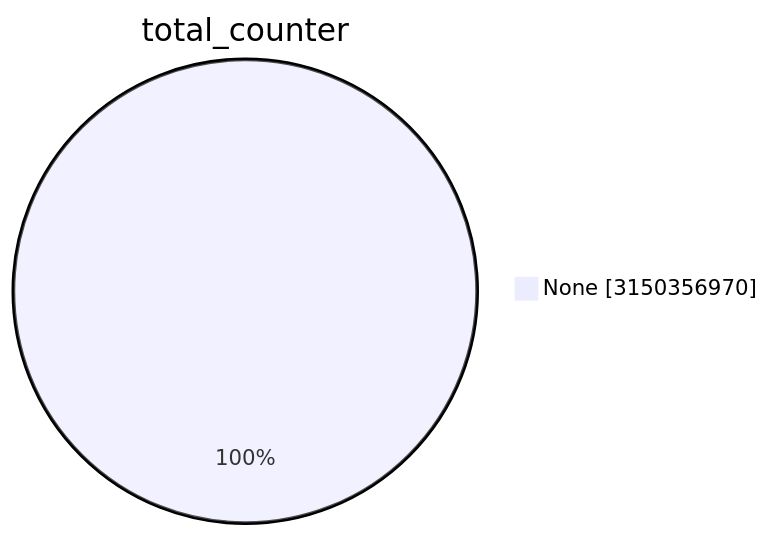
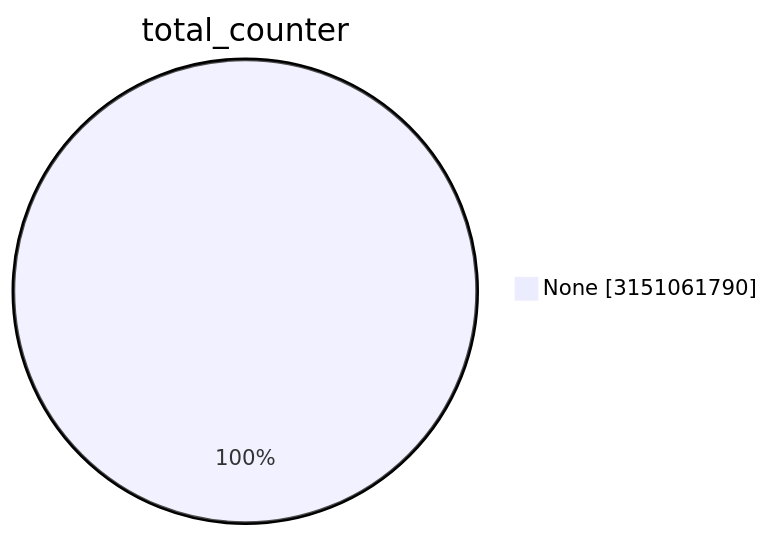
The first of 15 diagrams in TOTAL/README.md (christiankrug/ctmonitor_visualization), drawn with Mermaid before and after one commit. The commit also changed other lines of this file, not shown here.

````diff
--- a/TOTAL/README.md
+++ b/TOTAL/README.md
@@ -1,5 +1,5 @@
 ```mermaid
 pie showData
 title total_counter
-"None" :3150356970
+"None" :3151061790
 ```
````
